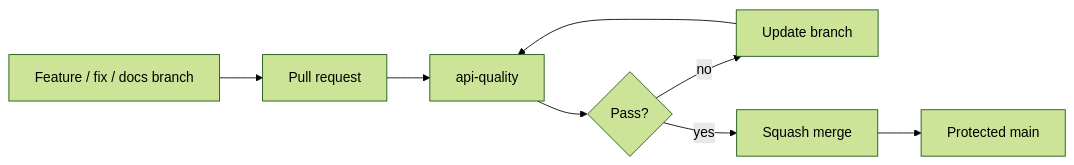
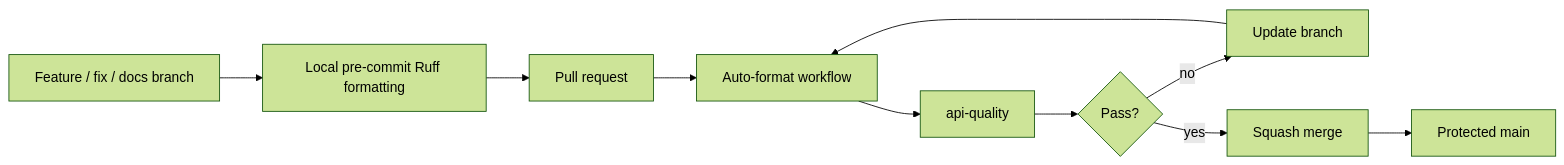
Before and after one commit to kumarchandansingh/tropos: the first of 2 diagrams in docs/delivery/CI_CD.md, drawn with Mermaid (forest theme). The commit also changed other lines of this file and 4 other files, not shown here.

First line of the commit message:
ci: establish local and PR auto-formatting before quality gates (#70)

````diff
--- a/docs/delivery/CI_CD.md
+++ b/docs/delivery/CI_CD.md
@@ -7,11 +7,13 @@
 ```mermaid
 flowchart LR
     Branch[Feature / fix / docs branch]
+    --> Local[Local pre-commit Ruff formatting]
     --> PR[Pull request]
-    --> CI[api-quality]
+    --> Auto[Auto-format workflow]
+    Auto --> CI[api-quality]
     --> Gate{Pass?}
     Gate -- no --> Fix[Update branch]
-    Fix --> CI
+    Fix --> Auto
     Gate -- yes --> Merge[Squash merge]
     --> Main[Protected main]
 ```
````
